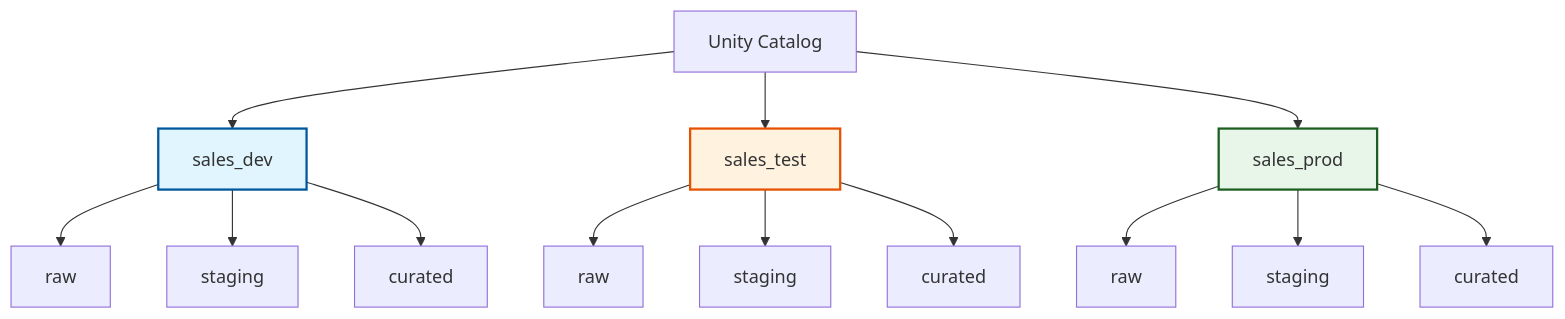
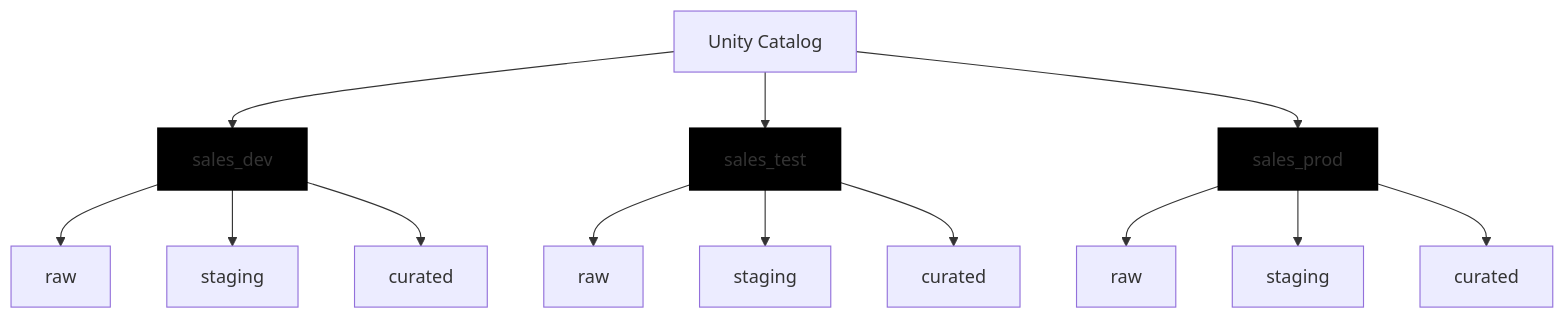
The second of 3 diagrams in 01. Setup And Configure Environment/05. Create and organize objects in Unity Catalog/02. Apply naming conventions.md (Balasubramanian-pg/DP-750), drawn with Mermaid before and after one commit. The commit also changed other lines of this file, not shown here.

````diff
--- a/01. Setup And Configure Environment/05. Create and organize objects in Unity Catalog/02. Apply naming conventions.md
+++ b/01. Setup And Configure Environment/05. Create and organize objects in Unity Catalog/02. Apply naming conventions.md
@@ -86,22 +86,22 @@
 ```mermaid
 graph TD
     A[Unity Catalog] --> B[sales_dev]
     A --> C[sales_test]
     A --> D[sales_prod]
 
     B --> E[raw]
     B --> F[staging]
     B --> G[curated]
 
     C --> H[raw]
     C --> I[staging]
     C --> J[curated]
 
     D --> K[raw]
     D --> L[staging]
     D --> M[curated]
 
-    style B fill:#e1f5fe,stroke:#01579b,stroke-width:2px
-    style C fill:#fff3e0,stroke:#e65100,stroke-width:2px
-    style D fill:#e8f5e9,stroke:#1b5e20,stroke-width:2px
+    style B fill:#000000,stroke:#000000,stroke-width:2px
+    style C fill:#000000,stroke:#000000,stroke-width:2px
+    style D fill:#000000,stroke:#000000,stroke-width:2px
 ```
````
